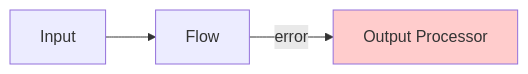
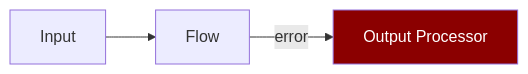
One commit to layline-io/layline-doc changed the third of 4 diagrams in docs/troubleshooting/workflow-issues.md. Above: the diagram before and after it, drawn with Mermaid. The commit also changed other lines of this file, not shown here.

First line of the commit message:
Fix Mermaid diagram colors for dark background compatibility

````diff
--- a/docs/troubleshooting/workflow-issues.md
+++ b/docs/troubleshooting/workflow-issues.md
@@ -131,6 +131,6 @@
 ```mermaid
 graph LR
     A[Input] --> B[Flow]
     B -->|error| C[Output Processor]
-    style C fill:#ffcccc
+    style C fill:#8b0000,color:#fff
 ```
````
